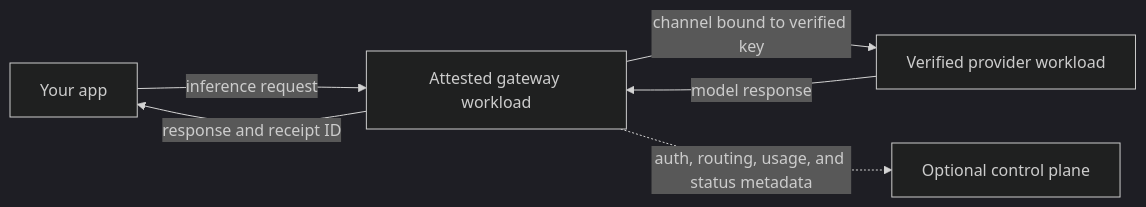
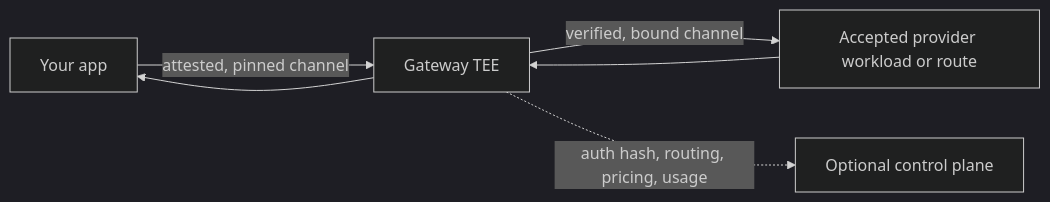
The diagram in README.md (Dstack-TEE/private-ai-gateway), drawn with Mermaid (dark theme) before and after one commit. The commit also changed other lines of this file and 22 other files, not shown here.

````diff
--- a/README.md
+++ b/README.md
@@ -118,8 +102,7 @@
 ```mermaid
 flowchart LR
-    client[Your app] -->|inference request| gateway[Attested gateway workload]
-    gateway -->|channel bound to verified key| provider[Verified provider workload]
-    provider -->|model response| gateway
-    gateway -->|response and receipt ID| client
-    gateway -.->|auth, routing, usage, and status metadata| control[Optional control plane]
+    client[Your app] -->|attested, pinned channel| gateway[Gateway TEE]
+    gateway -->|verified, bound channel| provider[Accepted provider workload or route]
+    provider --> gateway --> client
+    gateway -.->|auth hash, routing, pricing, usage| control[Optional control plane]
 ```
````
